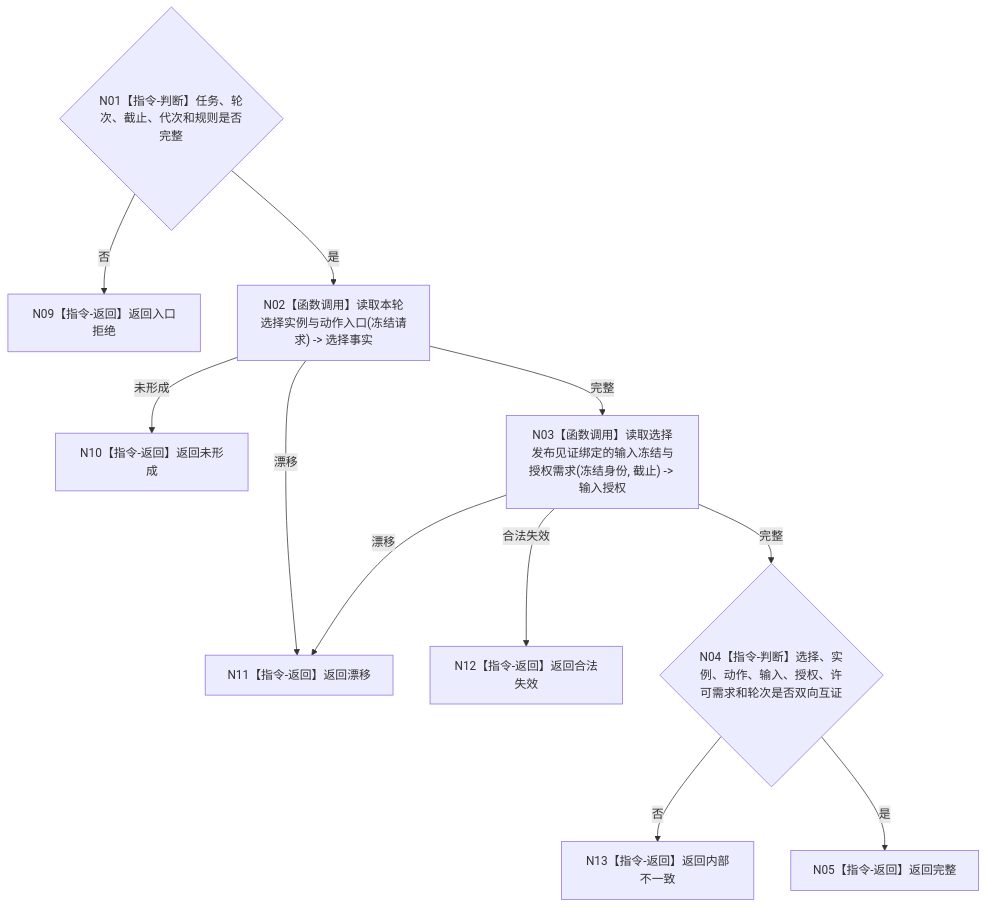
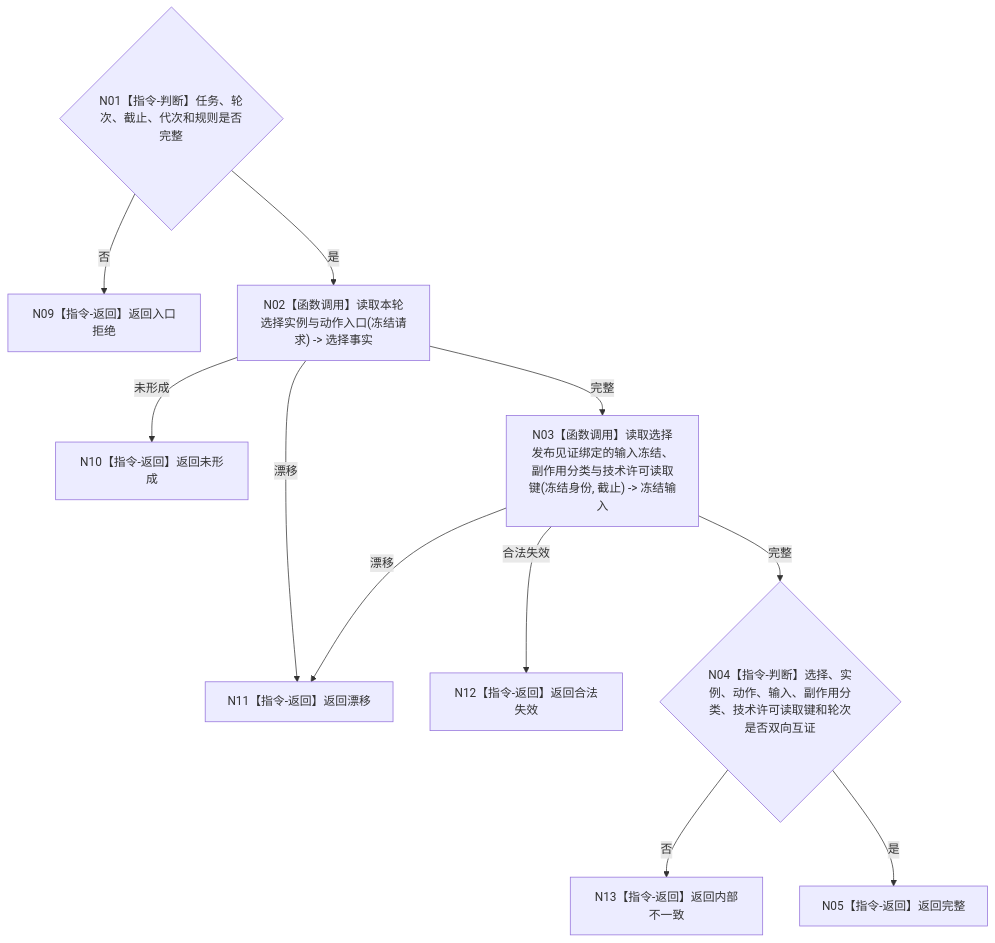
The diagram in 流程图/目标业务流程图/L4/BIZ-L4-004-13-02-01_读取当前选择实例动作入口与输入冻结_目标函数流程图_v0.1.md (chunhaizh-cyber/HY-Ego), drawn with Mermaid before and after one commit. The commit also changed other lines of this file and 35 other files, not shown here.

````diff
--- a/流程图/目标业务流程图/L4/BIZ-L4-004-13-02-01_读取当前选择实例动作入口与输入冻结_目标函数流程图_v0.1.md
+++ b/流程图/目标业务流程图/L4/BIZ-L4-004-13-02-01_读取当前选择实例动作入口与输入冻结_目标函数流程图_v0.1.md
@@ -30,13 +30,13 @@
 ```mermaid
 flowchart TD
  N01{"N01【指令-判断】任务、轮次、截止、代次和规则是否完整"} -->|否| N09["N09【指令-返回】返回入口拒绝"]
  N01 -->|是| N02["N02【函数调用】读取本轮选择实例与动作入口(冻结请求) -> 选择事实"]
  N02 -->|未形成| N10["N10【指令-返回】返回未形成"]
  N02 -->|漂移| N11["N11【指令-返回】返回漂移"]
- N02 -->|完整| N03["N03【函数调用】读取选择发布见证绑定的输入冻结与授权需求(冻结身份, 截止) -> 输入授权"]
+ N02 -->|完整| N03["N03【函数调用】读取选择发布见证绑定的输入冻结、副作用分类与技术许可读取键(冻结身份, 截止) -> 冻结输入"]
  N03 -->|合法失效| N12["N12【指令-返回】返回合法失效"]
  N03 -->|漂移| N11
- N03 -->|完整| N04{"N04【指令-判断】选择、实例、动作、输入、授权、许可需求和轮次是否双向互证"}
+ N03 -->|完整| N04{"N04【指令-判断】选择、实例、动作、输入、副作用分类、技术许可读取键和轮次是否双向互证"}
  N04 -->|否| N13["N13【指令-返回】返回内部不一致"]
  N04 -->|是| N05["N05【指令-返回】返回完整"]
 ```
````
